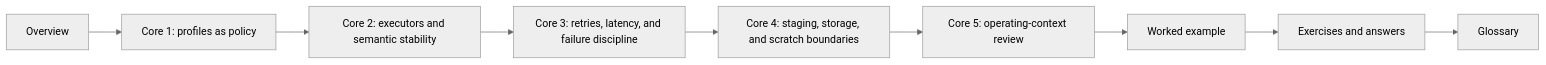
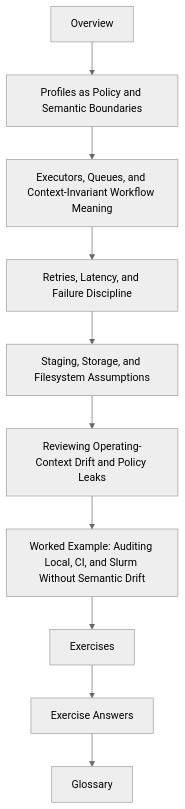
The second of 2 diagrams in programs/reproducible-research/deep-dive-snakemake/course-book/module-08-operating-contexts-execution-policy/index.md (bijux/bijux-masterclass), drawn with Mermaid (neutral theme) before and after one commit. The commit also changed other lines of this file and 2 other files, not shown here.

Commit message:
docs(snakemake): teach operating context audits

````diff
--- a/programs/reproducible-research/deep-dive-snakemake/course-book/module-08-operating-contexts-execution-policy/index.md
+++ b/programs/reproducible-research/deep-dive-snakemake/course-book/module-08-operating-contexts-execution-policy/index.md
@@ -78,11 +65,12 @@
 ```mermaid
-flowchart LR
-  overview["Overview"] --> core1["Core 1: profiles as policy"]
-  core1 --> core2["Core 2: executors and semantic stability"]
-  core2 --> core3["Core 3: retries, latency, and failure discipline"]
-  core3 --> core4["Core 4: staging, storage, and scratch boundaries"]
-  core4 --> core5["Core 5: operating-context review"]
-  core5 --> example["Worked example"]
-  example --> practice["Exercises and answers"]
-  practice --> glossary["Glossary"]
+flowchart TD
+  start["Overview"] --> core1["Profiles as Policy and Semantic Boundaries"]
+  core1 --> core2["Executors, Queues, and Context-Invariant Workflow Meaning"]
+  core2 --> core3["Retries, Latency, and Failure Discipline"]
+  core3 --> core4["Staging, Storage, and Filesystem Assumptions"]
+  core4 --> core5["Reviewing Operating-Context Drift and Policy Leaks"]
+  core5 --> example["Worked Example: Auditing Local, CI, and Slurm Without Semantic Drift"]
+  example --> practice["Exercises"]
+  practice --> answers["Exercise Answers"]
+  answers --> glossary["Glossary"]
 ```
````
